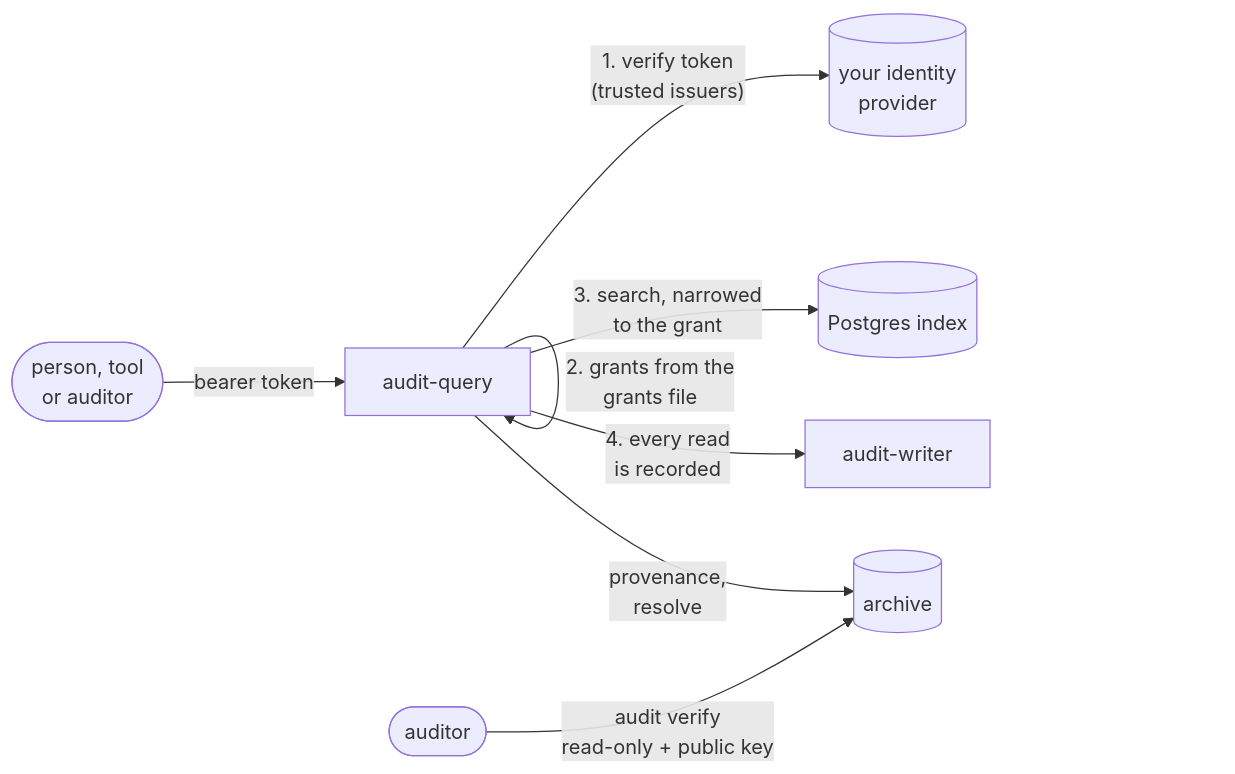
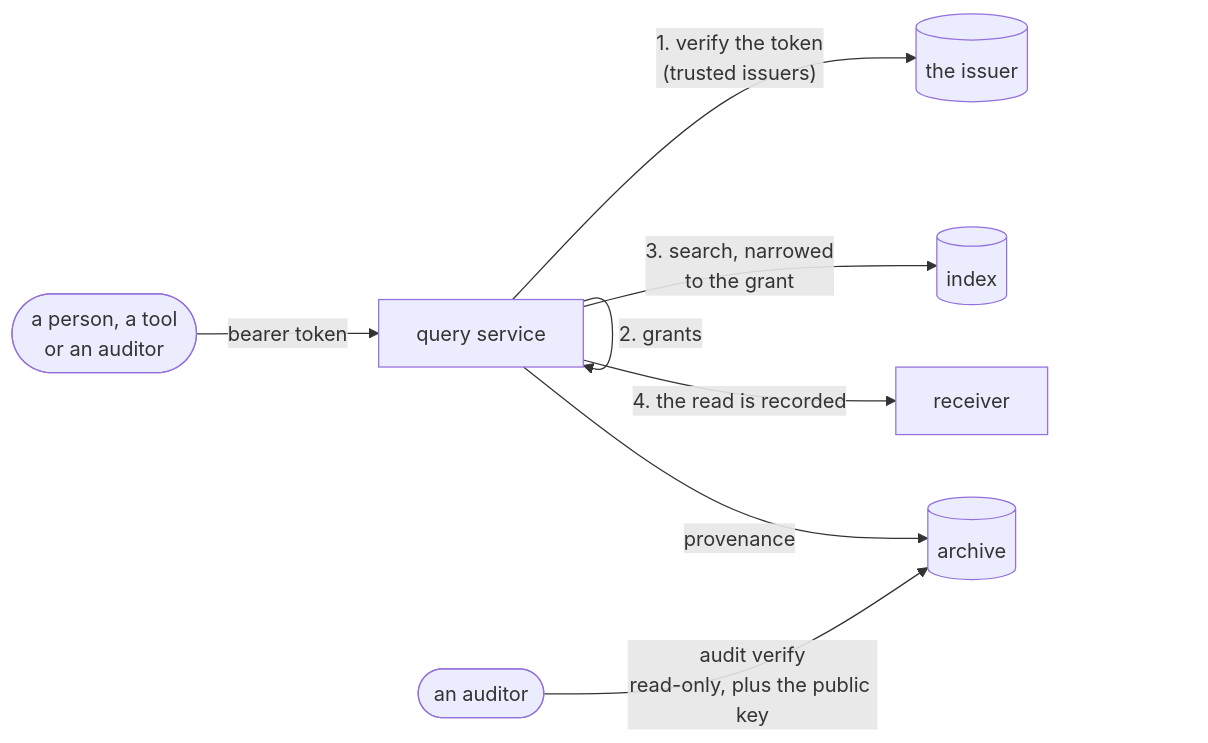
Before and after one commit to truvity/audit: the diagram in docs/guides/read.md, drawn with Mermaid. The commit also changed other lines of this file and 56 other files, not shown here.

First line of the commit message:
docs: the architecture, rewritten around one installation per application

````diff
--- a/docs/guides/read.md
+++ b/docs/guides/read.md
@@ -9,10 +12,10 @@
 ```mermaid
 flowchart LR
-  P(["person, tool<br/>or auditor"]) -- "bearer token" --> Q["audit-query"]
-  Q -- "1. verify token<br/>(trusted issuers)" --> I[("your identity<br/>provider")]
-  Q -- "2. grants from the<br/>grants file" --> Q
-  Q -- "3. search, narrowed<br/>to the grant" --> PG[("Postgres index")]
-  Q -- "4. every read<br/>is recorded" --> W["audit-writer"]
-  Q -- "provenance,<br/>resolve" --> S3[("archive")]
-  A(["auditor"]) -- "audit verify<br/>read-only + public key" --> S3
+  P(["a person, a tool<br/>or an auditor"]) -- "bearer token" --> Q["query service"]
+  Q -- "1. verify the token<br/>(trusted issuers)" --> I[("the issuer")]
+  Q -- "2. grants" --> Q
+  Q -- "3. search, narrowed<br/>to the grant" --> PG[("index")]
+  Q -- "4. the read is recorded" --> R["receiver"]
+  Q -- "provenance" --> S3[("archive")]
+  A(["an auditor"]) -- "audit verify<br/>read-only, plus the public key" --> S3
 ```
````
